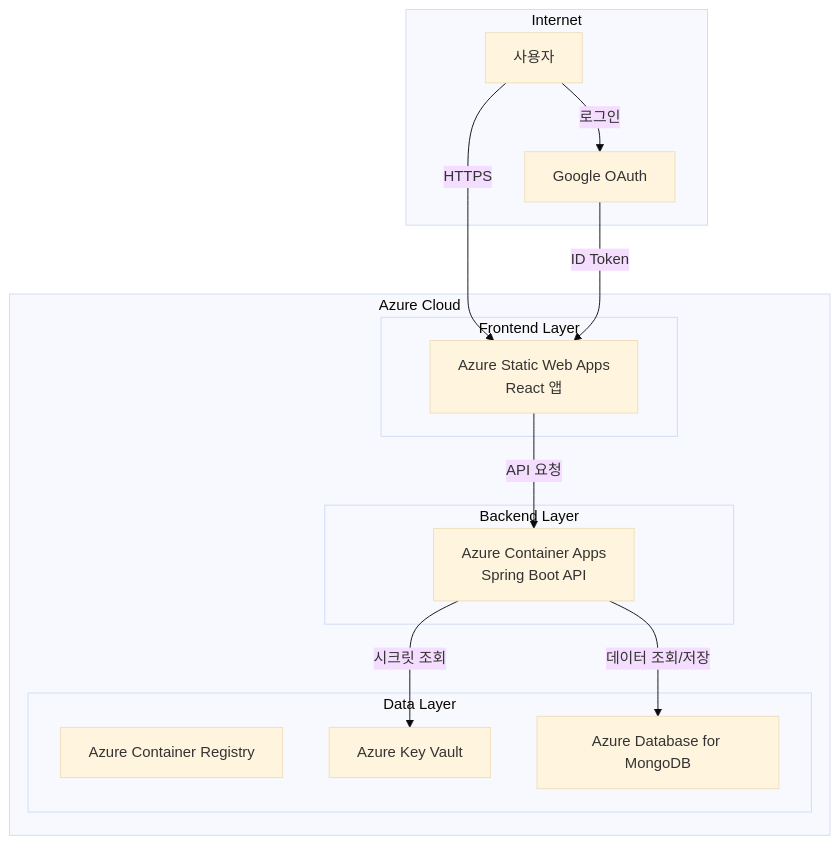
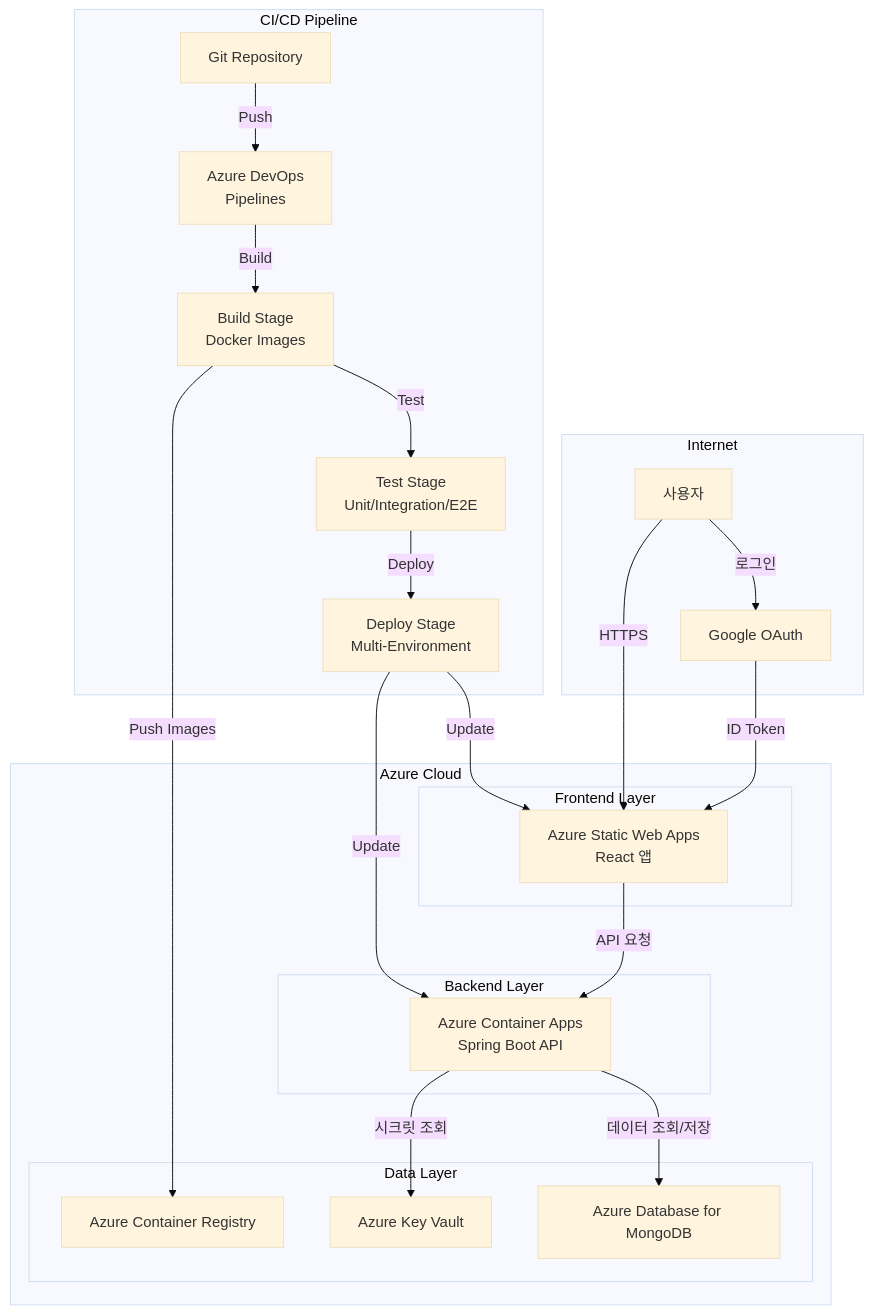
One commit to salieri009/MyTechPortFolio changed the diagram in README.md. Above: the diagram before and after it, drawn with Mermaid (base theme). The commit also changed other lines of this file and 83 other files, not shown here.

Commit message:
frontend and backend connectivity and azure pipeline

````diff
--- a/README.md
+++ b/README.md
@@ -255,30 +285,46 @@
 ```mermaid
 graph TB
     subgraph "Internet"
         User[사용자]
         Google[Google OAuth]
+    end
+
+    subgraph "CI/CD Pipeline"
+        Git[Git Repository]
+        ADO[Azure DevOps<br/>Pipelines]
+        Build[Build Stage<br/>Docker Images]
+        Test[Test Stage<br/>Unit/Integration/E2E]
+        Deploy[Deploy Stage<br/>Multi-Environment]
     end
 
     subgraph "Azure Cloud"
         subgraph "Frontend Layer"
             SWA[Azure Static Web Apps<br/>React 앱]
         end
 
         subgraph "Backend Layer"
             ACA[Azure Container Apps<br/>Spring Boot API]
         end
 
         subgraph "Data Layer"
             ACR[Azure Container Registry]
             AKV[Azure Key Vault]
             ADB[Azure Database for MongoDB]
         end
     end
 
+    Git -->|Push| ADO
+    ADO -->|Build| Build
+    Build -->|Push Images| ACR
+    Build -->|Test| Test
+    Test -->|Deploy| Deploy
+    Deploy -->|Update| SWA
+    Deploy -->|Update| ACA
+
     User -->|HTTPS| SWA
     SWA -->|API 요청| ACA
     ACA -->|데이터 조회/저장| ADB
     ACA -->|시크릿 조회| AKV
     User -->|로그인| Google
     Google -->|ID Token| SWA
 ```
````
